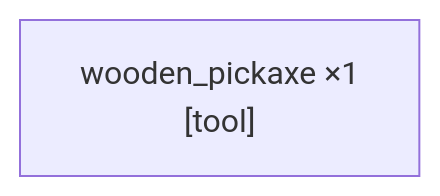
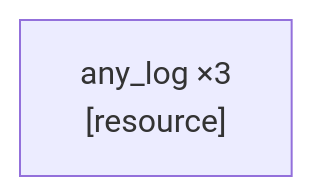
One commit to tomfenno/embodied-intelligence-minecraft changed the second of 2 diagrams in achievement_hunter/current_graphs.md. Above: the diagram before and after it, drawn with Mermaid. The commit also changed other lines of this file and 8 other files, not shown here.

````diff
--- a/achievement_hunter/current_graphs.md
+++ b/achievement_hunter/current_graphs.md
@@ -16,4 +29,4 @@
 ```mermaid
 graph LR
-    wooden_pickaxe["wooden_pickaxe ×1<br/>[tool]"]
+    any_log["any_log ×3<br/>[resource]"]
 ```
````
